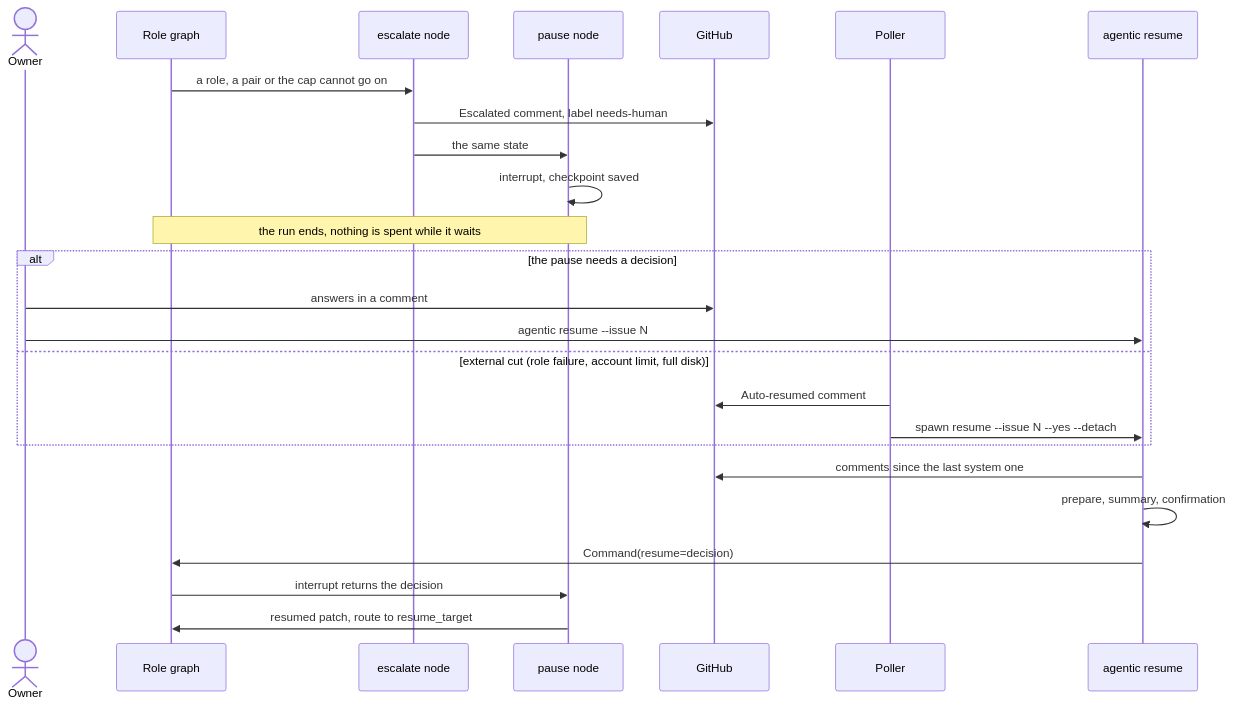
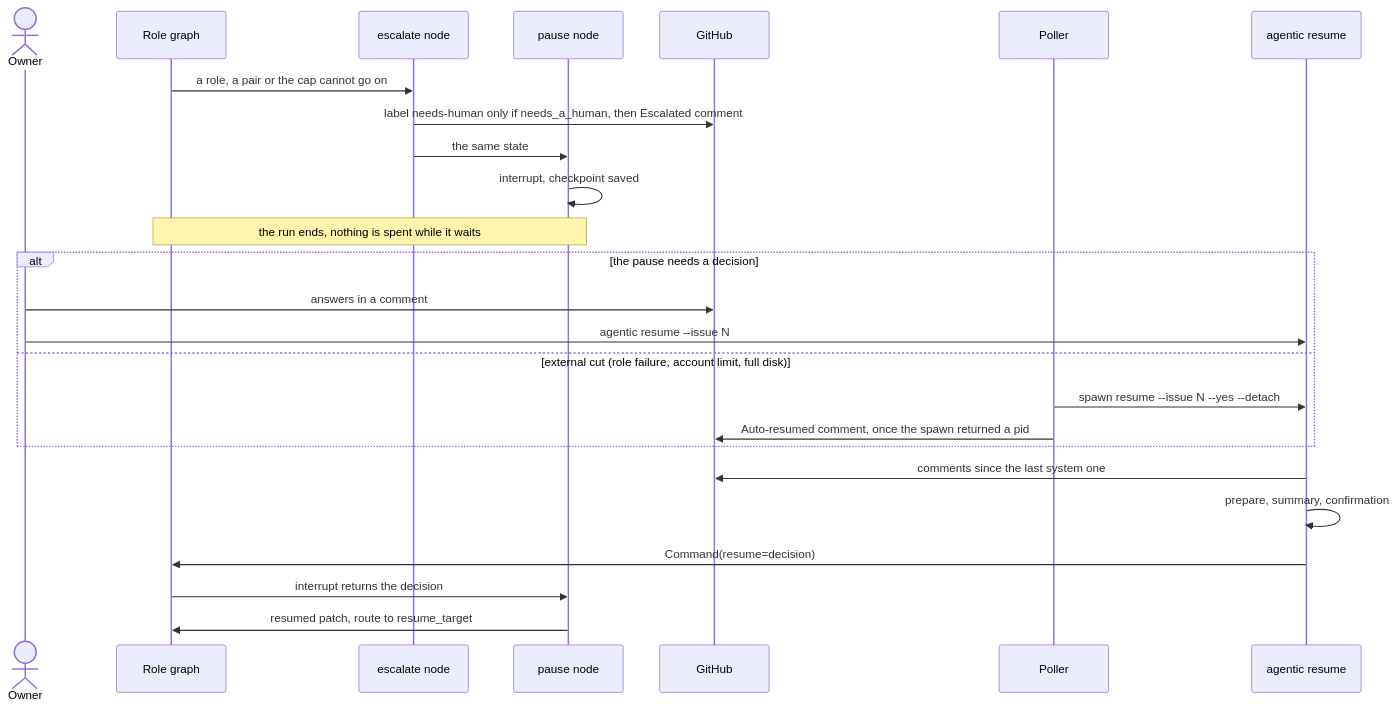
One commit to GonzaloZevallos/agentic-system changed the diagram in docs/architecture/flujos/reanudacion.md. Above: the diagram before and after it, drawn with Mermaid. The commit also changed other lines of this file and 2 other files, not shown here.

````diff
--- a/docs/architecture/flujos/reanudacion.md
+++ b/docs/architecture/flujos/reanudacion.md
@@ -8,27 +8,27 @@
 ```mermaid
 sequenceDiagram
     actor Owner
     participant Graph as Role graph
     participant Escalate as escalate node
     participant Pause as pause node
     participant GitHub
     participant Poller
     participant Resume as agentic resume
     Graph->>Escalate: a role, a pair or the cap cannot go on
-    Escalate->>GitHub: Escalated comment, label needs-human
+    Escalate->>GitHub: label needs-human only if needs_a_human, then Escalated comment
     Escalate->>Pause: the same state
     Pause->>Pause: interrupt, checkpoint saved
     Note over Graph,Pause: the run ends, nothing is spent while it waits
     alt the pause needs a decision
         Owner->>GitHub: answers in a comment
         Owner->>Resume: agentic resume --issue N
     else external cut (role failure, account limit, full disk)
-        Poller->>GitHub: Auto-resumed comment
         Poller->>Resume: spawn resume --issue N --yes --detach
+        Poller->>GitHub: Auto-resumed comment, once the spawn returned a pid
     end
     Resume->>GitHub: comments since the last system one
     Resume->>Resume: prepare, summary, confirmation
     Resume->>Graph: Command(resume=decision)
     Graph->>Pause: interrupt returns the decision
     Pause->>Graph: resumed patch, route to resume_target
 ```
````
